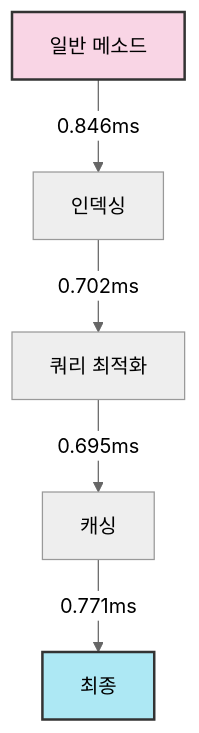
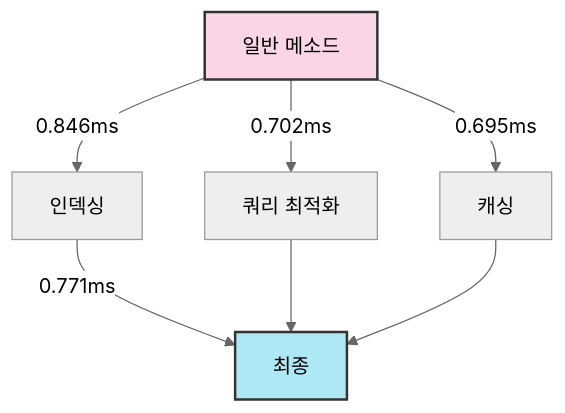
One commit to KangWookOh/spring-plus changed the diagram in README.md. Above: the diagram before and after it, drawn with Mermaid (neutral theme).

````diff
--- a/README.md
+++ b/README.md
@@ -58,10 +58,11 @@
 ```mermaid
 graph TD
     A[일반 메소드] -->|0.846ms| B[인덱싱]
-    B -->|0.702ms| C[쿼리 최적화]
-    C -->|0.695ms| D[캐싱]
-    D -->|0.771ms| E[최종]
-
+    B -->|0.771ms| C[최종]
+    A -->|0.702ms| D[쿼리 최적화]
+    D --> C
+    A -->|0.695ms| E[캐싱]
+    E --> C
     style A fill:#f9d5e5,stroke:#333,stroke-width:2px
-    style E fill:#ade8f4,stroke:#333,stroke-width:2px
+    style C fill:#ade8f4,stroke:#333,stroke-width:2px
 ```
````
